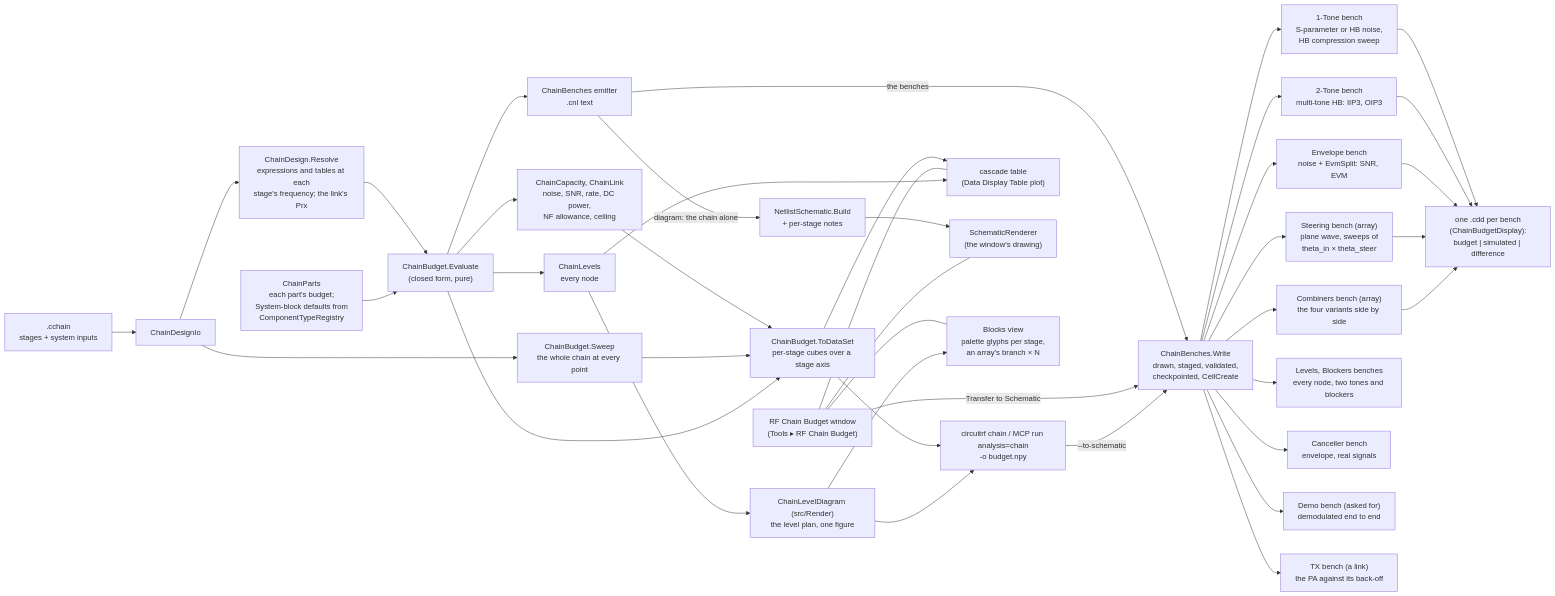
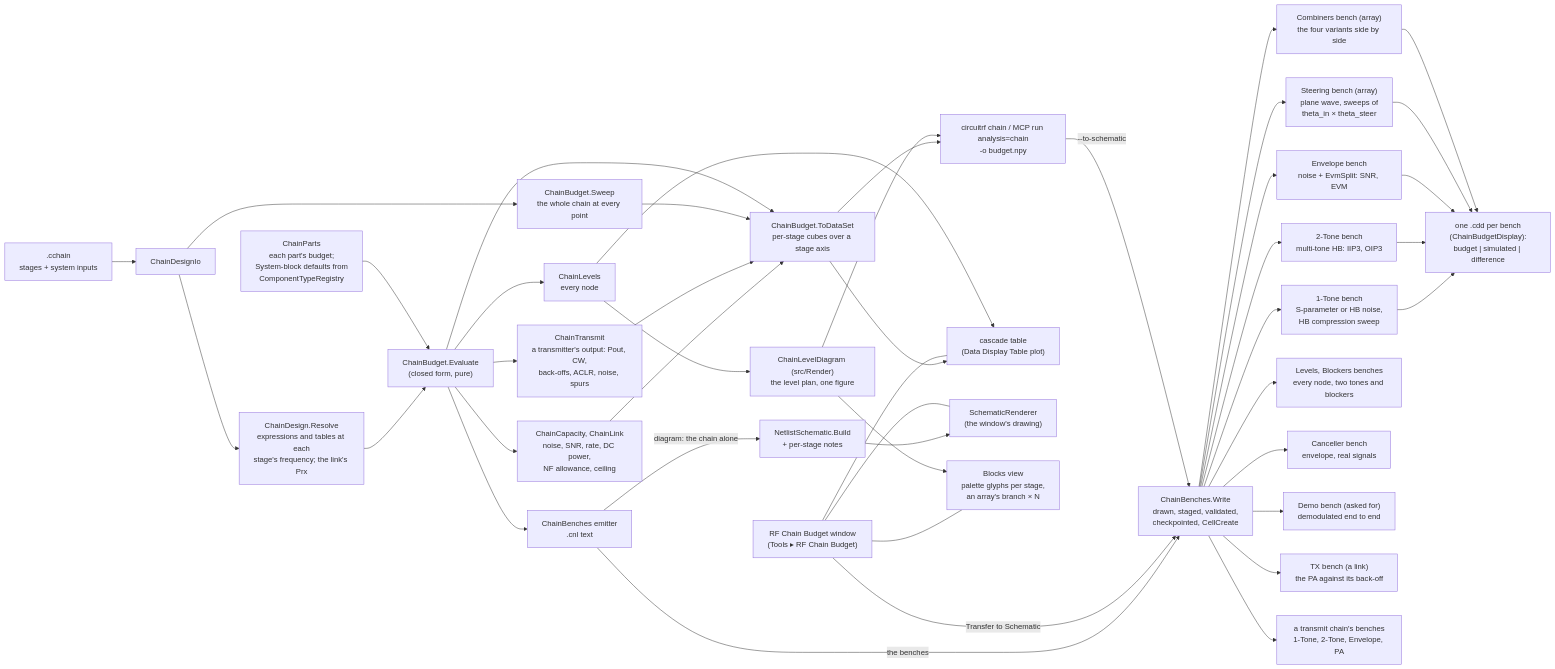
The diagram in docs/design/chain-budget.md (aissus/circuitRF), drawn with Mermaid before and after one commit. The commit also changed other lines of this file and 5 other files, not shown here.

First line of the commit message:
Docs: transmit chains, the amplifier's laws, the IQ modulator, the linear transmitter

````diff
--- a/docs/design/chain-budget.md
+++ b/docs/design/chain-budget.md
@@ -9,38 +9,40 @@
 ```mermaid
 flowchart LR
     doc[".cchain<br/>stages + system inputs"] --> io["ChainDesignIo"]
     io --> resolve["ChainDesign.Resolve<br/>expressions and tables at each<br/>stage's frequency; the link's Prx"]
     resolve --> calc["ChainBudget.Evaluate<br/>(closed form, pure)"]
     calc --> readouts["ChainCapacity, ChainLink<br/>noise, SNR, rate, DC power,<br/>NF allowance, ceiling"] --> ds
+    calc --> txr["ChainTransmit<br/>a transmitter's output: Pout, CW,<br/>back-offs, ACLR, noise, spurs"] --> ds
     io --> sweep["ChainBudget.Sweep<br/>the whole chain at every point"] --> ds
     parts["ChainParts<br/>each part's budget;<br/>System-block defaults from<br/>ComponentTypeRegistry"] --> calc
     calc --> ds["ChainBudget.ToDataSet<br/>per-stage cubes over a stage axis"]
     ds --> verb["circuitrf chain / MCP run analysis=chain<br/>-o budget.npy"]
     ds --> table["cascade table<br/>(Data Display Table plot)"]
     calc --> emit["ChainBenches emitter<br/>.cnl text"]
     emit -- "diagram: the chain alone" --> draw["NetlistSchematic.Build<br/>+ per-stage notes"] --> canvas["SchematicRenderer<br/>(the window's drawing)"]
     emit -- "the benches" --> write["ChainBenches.Write<br/>drawn, staged, validated,<br/>checkpointed, CellCreate"]
     win["RF Chain Budget window<br/>(Tools ▸ RF Chain Budget)"] --- table
     win --- canvas
     win --- blocks["Blocks view<br/>palette glyphs per stage,<br/>an array's branch × N"]
     win -- "Transfer to Schematic" --> write
     verb -- "--to-schematic" --> write
     write --> one["1-Tone bench<br/>S-parameter or HB noise,<br/>HB compression sweep"]
     write --> two["2-Tone bench<br/>multi-tone HB: IIP3, OIP3"]
     write --> env["Envelope bench<br/>noise + EvmSplit: SNR, EVM"]
     write --> steer["Steering bench (array)<br/>plane wave, sweeps of<br/>theta_in × theta_steer"]
     write --> comb["Combiners bench (array)<br/>the four variants side by side"]
     write --> lev["Levels, Blockers benches<br/>every node, two tones and blockers"]
     write --> canc["Canceller bench<br/>envelope, real signals"]
     write --> demo["Demo bench (asked for)<br/>demodulated end to end"]
     write --> tx["TX bench (a link)<br/>the PA against its back-off"]
+    write --> txc["a transmit chain's benches<br/>1-Tone, 2-Tone, Envelope, PA"]
     calc --> levels["ChainLevels<br/>every node"] --> table
     levels --> diagram["ChainLevelDiagram (src/Render)<br/>the level plan, one figure"]
     diagram --> blocks
     diagram --> verb
     one --> cdd["one .cdd per bench<br/>(ChainBudgetDisplay):<br/>budget | simulated | difference"]
     two --> cdd
     env --> cdd
     steer --> cdd
     comb --> cdd
 ```
````
